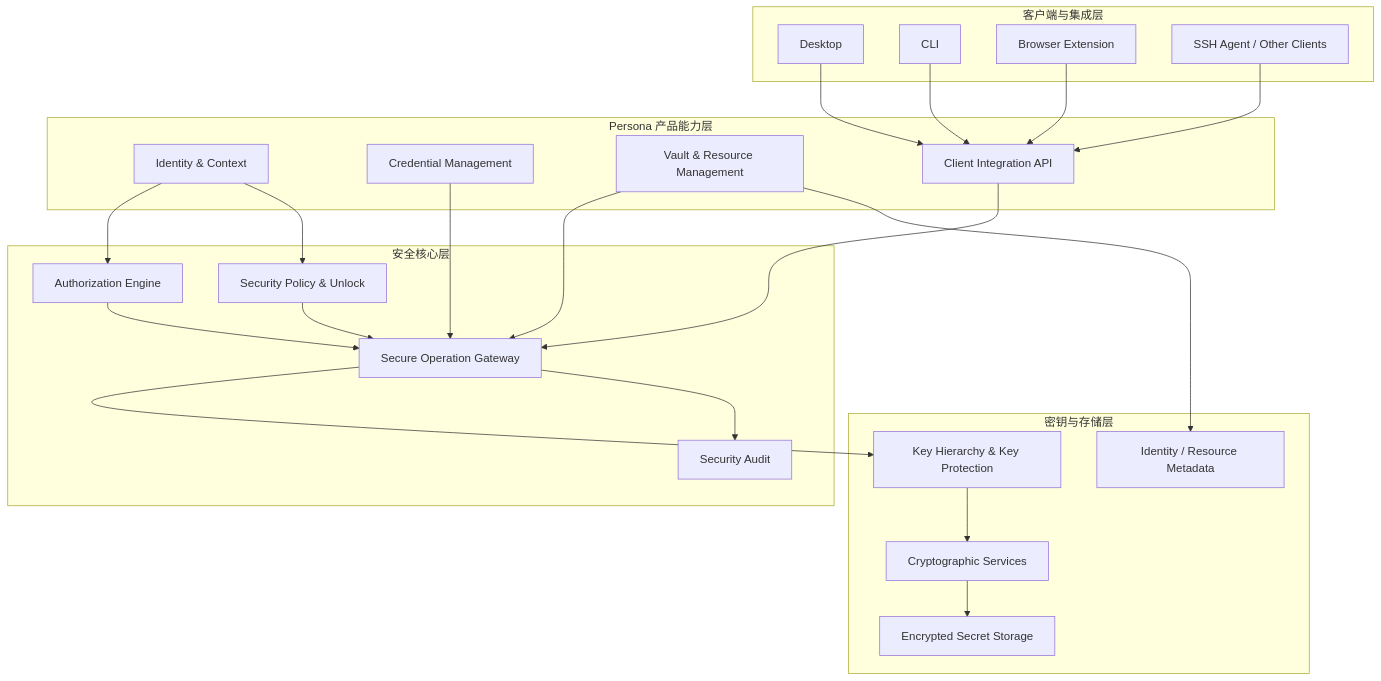
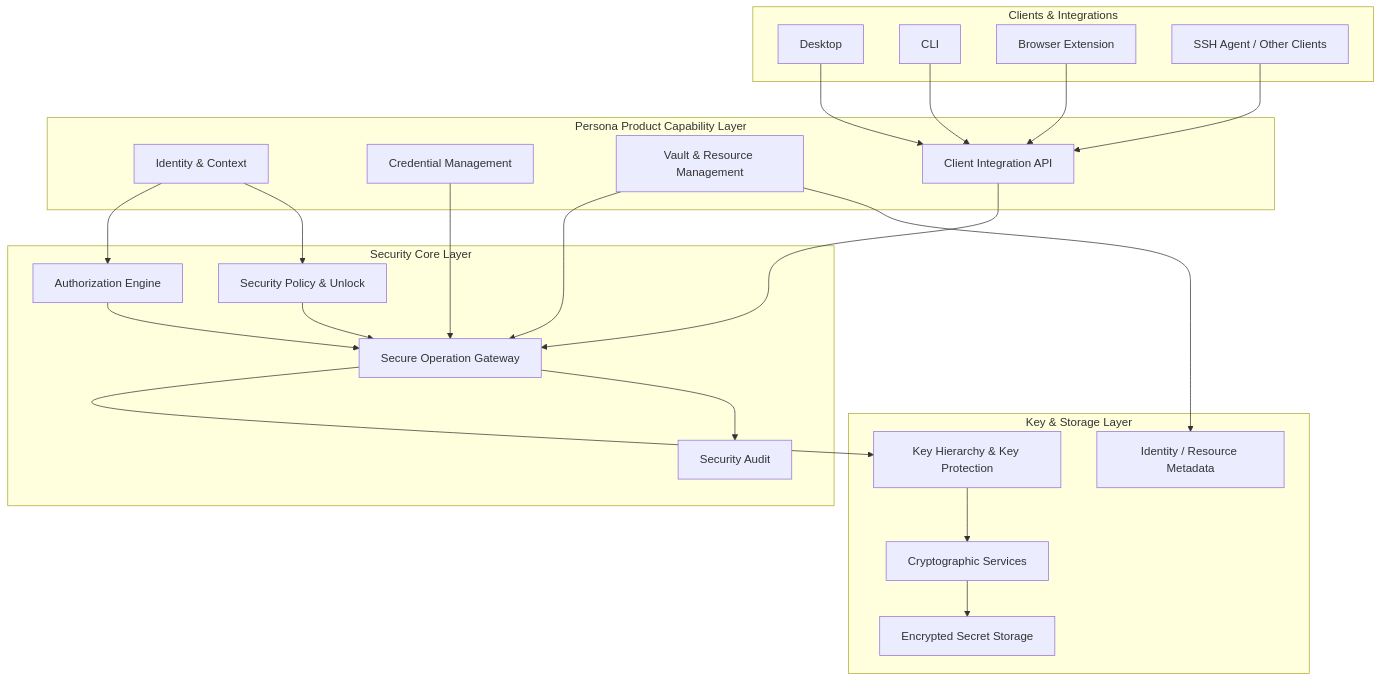
The first of 2 diagrams in docs/src/design/product.md (cuihairu/persona), drawn with Mermaid before and after one commit. The commit also changed other lines of this file and 84 other files, not shown here.

````diff
--- a/docs/src/design/product.md
+++ b/docs/src/design/product.md
@@ -184,50 +220,50 @@
 ```mermaid
 flowchart TB
-    subgraph Clients["客户端与集成层"]
+    subgraph Clients["Clients & Integrations"]
         Desktop["Desktop"]
         CLI["CLI"]
         Browser["Browser Extension"]
         Agent["SSH Agent / Other Clients"]
     end
 
-    subgraph Product["Persona 产品能力层"]
+    subgraph Product["Persona Product Capability Layer"]
         Identity["Identity & Context"]
         Credential["Credential Management"]
         Vault["Vault & Resource Management"]
         Integration["Client Integration API"]
     end
 
-    subgraph Security["安全核心层"]
+    subgraph Security["Security Core Layer"]
         Authz["Authorization Engine"]
         SecurityPolicy["Security Policy & Unlock"]
         SecureOps["Secure Operation Gateway"]
         Audit["Security Audit"]
     end
 
-    subgraph Protection["密钥与存储层"]
+    subgraph Protection["Key & Storage Layer"]
         KeyHierarchy["Key Hierarchy & Key Protection"]
         Crypto["Cryptographic Services"]
         SecureStore["Encrypted Secret Storage"]
         Metadata["Identity / Resource Metadata"]
     end
 
     Desktop --> Integration
     CLI --> Integration
     Browser --> Integration
     Agent --> Integration
 
     Integration --> SecureOps
     Credential --> SecureOps
     Vault --> SecureOps
 
     Identity --> Authz
     Identity --> SecurityPolicy
     Authz --> SecureOps
     SecurityPolicy --> SecureOps
 
     SecureOps --> KeyHierarchy
     KeyHierarchy --> Crypto
     Crypto --> SecureStore
     Vault --> Metadata
     SecureOps --> Audit
 ```
````
